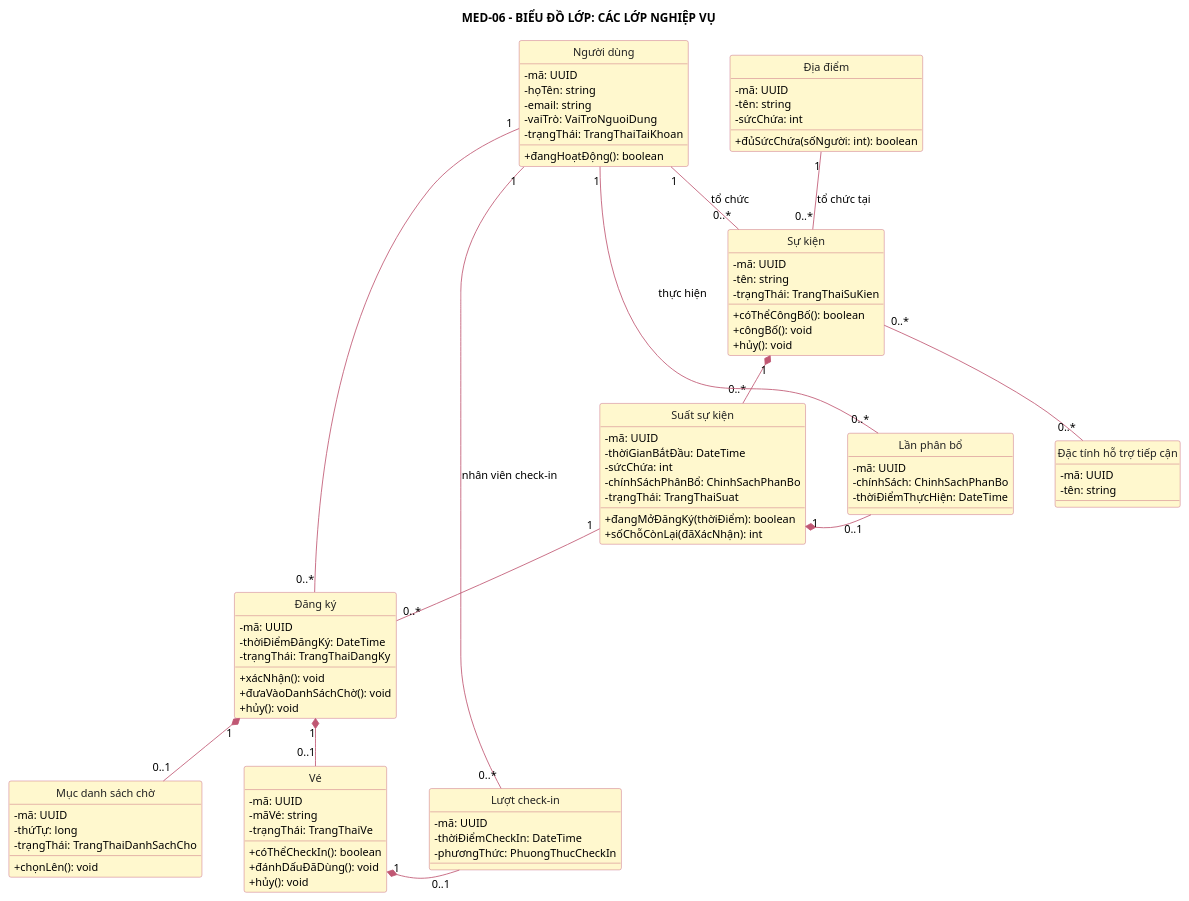
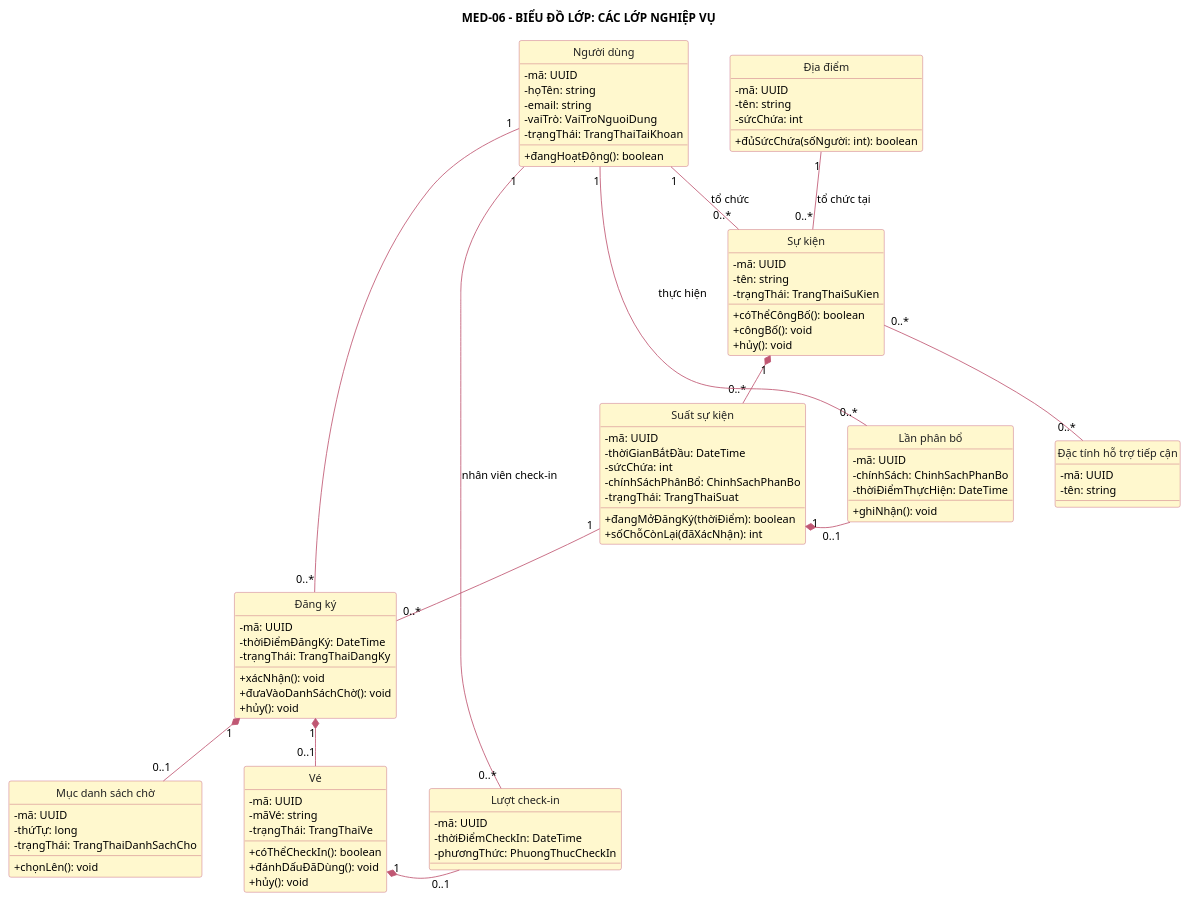
One commit to anh632k-ui/OOP-DoAn changed the diagram in PTTK/03_ClassDiagram/01-class-diagram-entities.puml. Above: the diagram before and after it, drawn with PlantUML.

Commit message:
fix(pttk): đồng bộ chữ ký và thông điệp lớp nghiệp vụ

```diff
--- a/PTTK/03_ClassDiagram/01-class-diagram-entities.puml
+++ b/PTTK/03_ClassDiagram/01-class-diagram-entities.puml
@@ -1,105 +1,106 @@
 @startuml
 skinparam class {
  BackgroundColor #FFF8CE
  BorderColor #C05773
  ArrowColor #C05773
  FontColor #222222
 }
 top to bottom direction
 skinparam shadowing false
 skinparam classAttributeIconSize 0
 skinparam defaultFontSize 13
 skinparam nodesep 50
 skinparam ranksep 55
 hide circle
 hide stereotypes
 
 title MED-06 - BIỂU ĐỒ LỚP: CÁC LỚP NGHIỆP VỤ
 
 class "Người dùng" as NguoiDung {
   - mã: UUID
   - họTên: string
   - email: string
   - vaiTrò: VaiTroNguoiDung
   - trạngThái: TrangThaiTaiKhoan
   + đangHoạtĐộng(): boolean
 }
 class "Địa điểm" as DiaDiem {
   - mã: UUID
   - tên: string
   - sứcChứa: int
   + đủSứcChứa(sốNgười: int): boolean
 }
 class "Đặc tính hỗ trợ tiếp cận" as HoTroTiepCan {
   - mã: UUID
   - tên: string
 }
 class "Sự kiện" as SuKien {
   - mã: UUID
   - tên: string
   - trạngThái: TrangThaiSuKien
   + cóThểCôngBố(): boolean
   + côngBố(): void
   + hủy(): void
 }
 class "Suất sự kiện" as SuatSuKien {
   - mã: UUID
   - thờiGianBắtĐầu: DateTime
   - sứcChứa: int
   - chínhSáchPhânBổ: ChinhSachPhanBo
   - trạngThái: TrangThaiSuat
   + đangMởĐăngKý(thờiĐiểm): boolean
   + sốChỗCònLại(đãXácNhận): int
 }
 class "Lần phân bổ" as LanPhanBo {
   - mã: UUID
   - chínhSách: ChinhSachPhanBo
   - thờiĐiểmThựcHiện: DateTime
+  + ghiNhận(): void
 }
 class "Đăng ký" as DangKy {
   - mã: UUID
   - thờiĐiểmĐăngKý: DateTime
   - trạngThái: TrangThaiDangKy
   + xácNhận(): void
   + đưaVàoDanhSáchChờ(): void
   + hủy(): void
 }
 class "Mục danh sách chờ" as DanhSachCho {
   - mã: UUID
   - thứTự: long
   - trạngThái: TrangThaiDanhSachCho
   + chọnLên(): void
 }
 class "Vé" as Ve {
   - mã: UUID
   - mãVé: string
   - trạngThái: TrangThaiVe
   + cóThểCheckIn(): boolean
   + đánhDấuĐãDùng(): void
   + hủy(): void
 }
 class "Lượt check-in" as LuotCheckIn {
   - mã: UUID
   - thờiĐiểmCheckIn: DateTime
   - phươngThức: PhuongThucCheckIn
 }
 
 DiaDiem "1" -- "0..*" SuKien : tổ chức tại
 NguoiDung "1" -- "0..*" SuKien : tổ chức
 SuKien "1" *-- "0..*" SuatSuKien
 SuKien "0..*" -- "0..*" HoTroTiepCan
 SuatSuKien "1" -- "0..*" DangKy
 NguoiDung "1" -- "0..*" DangKy
 SuatSuKien "1" *-- "0..1" LanPhanBo
 NguoiDung "1" -- "0..*" LanPhanBo : thực hiện
 DangKy "1" *-- "0..1" DanhSachCho
 DangKy "1" *-- "0..1" Ve
 Ve "1" *-- "0..1" LuotCheckIn
 NguoiDung "1" -- "0..*" LuotCheckIn : nhân viên check-in
 
 NguoiDung -[hidden]right- DiaDiem
 DiaDiem -[hidden]right- HoTroTiepCan
 SuatSuKien -[hidden]right- LanPhanBo
 DanhSachCho -[hidden]right- Ve
 Ve -[hidden]right- LuotCheckIn
 @enduml
```
